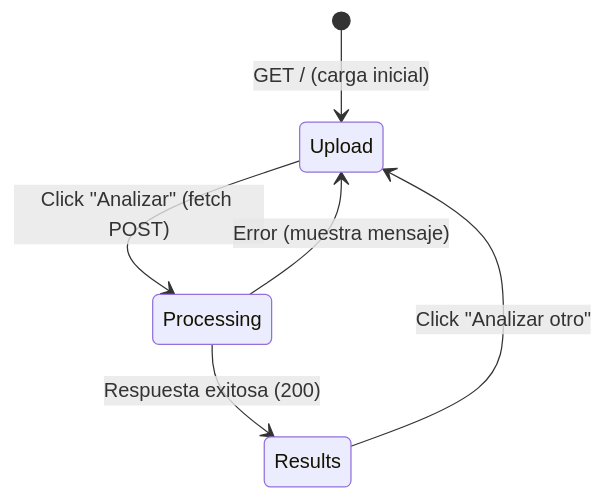
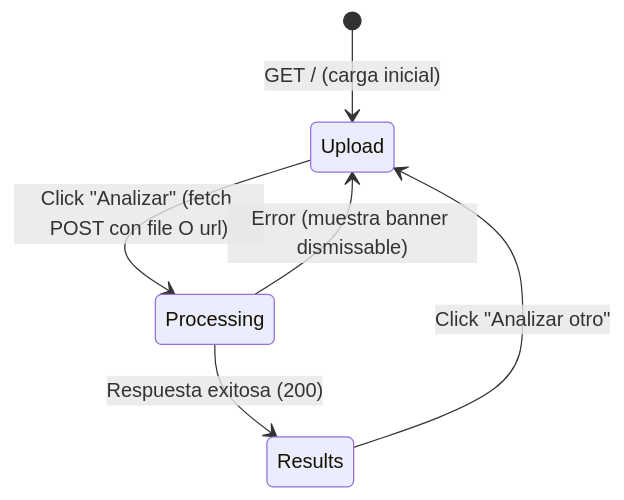
One commit to delinger55/lector-tyc-ia changed the second of 2 diagrams in .kiro/specs/lector-terminos-condiciones/design.md. Above: the diagram before and after it, drawn with Mermaid. The commit also changed other lines of this file and 3 other files, not shown here.

Commit message:
docs & feat: completar tarea 17 (.txt/URL) y tarea 18 (rediseño UI/UX moderno) con 168 tests en verde

````diff
--- a/.kiro/specs/lector-terminos-condiciones/design.md
+++ b/.kiro/specs/lector-terminos-condiciones/design.md
@@ -760,8 +741,8 @@
 ```mermaid
 stateDiagram-v2
     [*] --> Upload: GET / (carga inicial)
-    Upload --> Processing: Click "Analizar" (fetch POST)
+    Upload --> Processing: Click "Analizar" (fetch POST con file O url)
     Processing --> Results: Respuesta exitosa (200)
-    Processing --> Upload: Error (muestra mensaje)
+    Processing --> Upload: Error (muestra banner dismissable)
     Results --> Upload: Click "Analizar otro"
 ```
````
